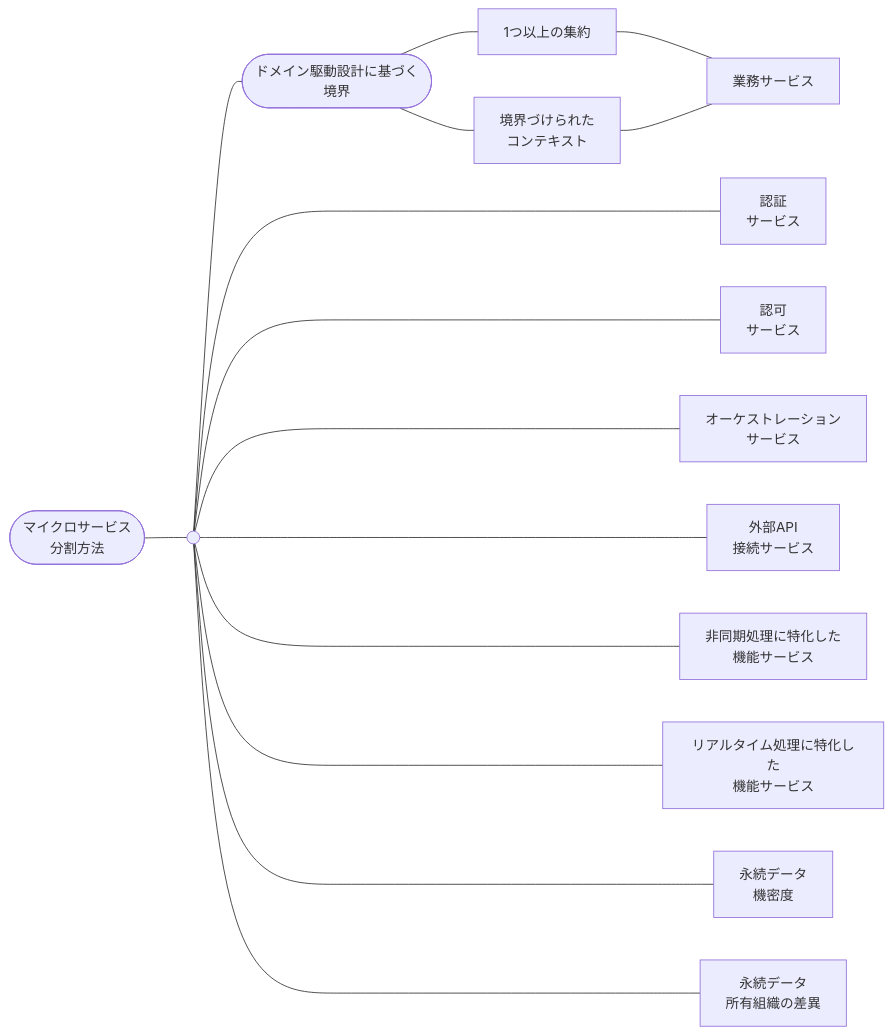
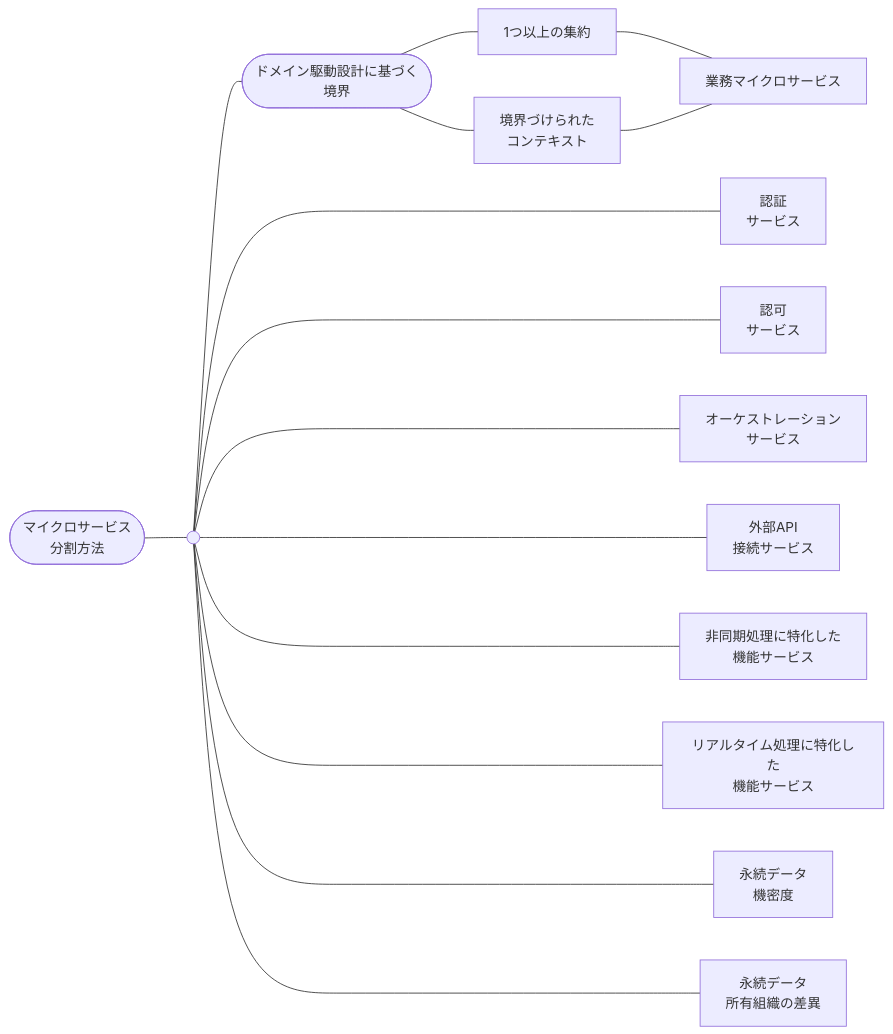
Before and after one commit to hiroki-it/tech-notebook: the seventh of 24 diagrams in docs/software/software_application_architecture_microservices_cloudnative.md, drawn with Mermaid. The commit also changed other lines of this file and 8 other files, not shown here.

````diff
--- a/docs/software/software_application_architecture_microservices_cloudnative.md
+++ b/docs/software/software_application_architecture_microservices_cloudnative.md
@@ -828,17 +828,17 @@
 ```mermaid
 flowchart LR
   マイクロサービス分割方法([マイクロサービス<br>分割方法]) --- マイクロサービス分割方法の基点(( ))
   マイクロサービス分割方法の基点 --- ドメイン駆動設計に基づく境界([ドメイン駆動設計に基づく<br>境界])
   ドメイン駆動設計に基づく境界 --- 境界づけられたコンテキスト[境界づけられた<br>コンテキスト]
   ドメイン駆動設計に基づく境界 --- 1つ以上のルートエンティティ群[1つ以上の集約]
-  1つ以上のルートエンティティ群 --- 業務サービス
-  境界づけられたコンテキスト --- 業務サービス
-  マイクロサービス分割方法の基点 ----- 認証サービス[認証<br>サービス]
-  マイクロサービス分割方法の基点 ----- 認可サービス[認可<br>サービス]
-  マイクロサービス分割方法の基点 ----- オーケストレーションサービス[オーケストレーション<br>サービス]
+  1つ以上のルートエンティティ群 --- 業務マイクロサービス
+  境界づけられたコンテキスト --- 業務マイクロサービス
+  マイクロサービス分割方法の基点 ----- 認証マイクロサービス[認証<br>サービス]
+  マイクロサービス分割方法の基点 ----- 認可マイクロサービス[認可<br>サービス]
+  マイクロサービス分割方法の基点 ----- オーケストレーションマイクロサービス[オーケストレーション<br>サービス]
   マイクロサービス分割方法の基点 ----- 外部API接続サービス[外部API<br>接続サービス]
   マイクロサービス分割方法の基点 ----- 非同期処理に特化した機能サービス[非同期処理に特化した<br>機能サービス]
   マイクロサービス分割方法の基点 ----- リアルタイム処理に特化した機能サービス[リアルタイム処理に特化した<br>機能サービス]
   マイクロサービス分割方法の基点 ----- 永続データの機密度[永続データ<br>機密度<br>]
   マイクロサービス分割方法の基点 ----- 永続データの所有組織の差異[永続データ<br>所有組織の差異]
 ```
````
